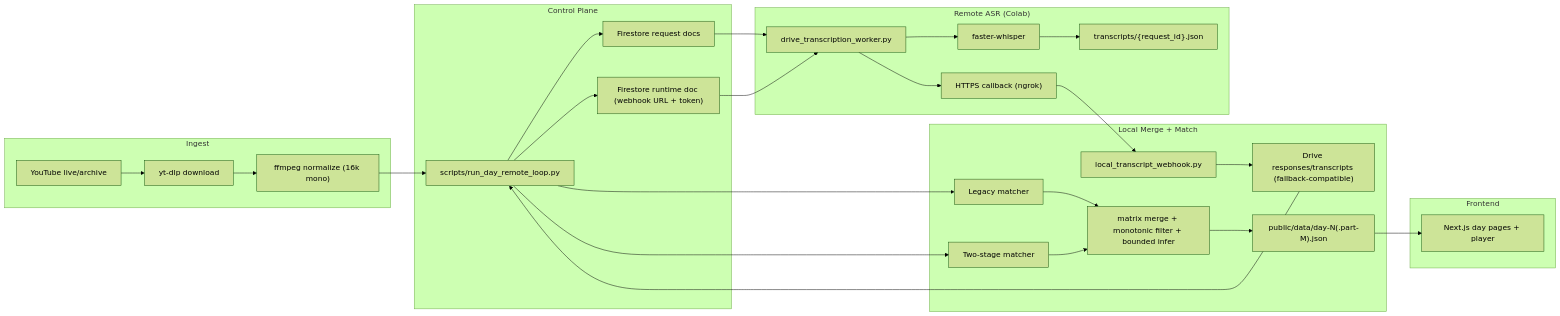
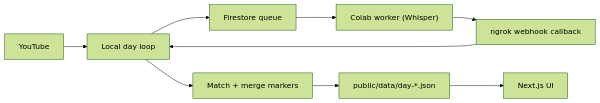
One commit to Himikid/andalus-taraweeh changed the diagram in README.md. Above: the diagram before and after it, drawn with Mermaid (forest theme). The commit also changed 1 other file, not shown here.

Commit message:
docs: simplify architecture diagrams

````diff
--- a/README.md
+++ b/README.md
@@ -26,36 +26,11 @@
 ```mermaid
 flowchart LR
-    subgraph Ingest["Ingest"]
-        YT["YouTube live/archive"] --> DL["yt-dlp download"]
-        DL --> FF["ffmpeg normalize (16k mono)"]
-    end
-
-    subgraph Control["Control Plane"]
-        LOOP["scripts/run_day_remote_loop.py"] --> FS1["Firestore request docs"]
-        LOOP --> RT["Firestore runtime doc (webhook URL + token)"]
-    end
-
-    subgraph Worker["Remote ASR (Colab)"]
-        W["drive_transcription_worker.py"] --> FW["faster-whisper"]
-        FS1 --> W
-        RT --> W
-        FW --> TR["transcripts/{request_id}.json"]
-        W --> POST["HTTPS callback (ngrok)"]
-    end
-
-    subgraph Local["Local Merge + Match"]
-        POST --> WH["local_transcript_webhook.py"]
-        WH --> DR["Drive responses/transcripts (fallback-compatible)"]
-        DR --> LOOP
-        FF --> LOOP
-        LOOP --> M1["Legacy matcher"]
-        LOOP --> M2["Two-stage matcher"]
-        M1 --> MERGE["matrix merge + monotonic filter + bounded infer"]
-        M2 --> MERGE
-        MERGE --> OUT["public/data/day-N(.part-M).json"]
-    end
-
-    subgraph UI["Frontend"]
-        OUT --> NX["Next.js day pages + player"]
-    end
+    YT["YouTube"] --> LOOP["Local day loop"]
+    LOOP --> FS["Firestore queue"]
+    FS --> CW["Colab worker (Whisper)"]
+    CW --> NG["ngrok webhook callback"]
+    NG --> LOOP
+    LOOP --> MERGE["Match + merge markers"]
+    MERGE --> JSON["public/data/day-*.json"]
+    JSON --> UI["Next.js UI"]
 ```
````
